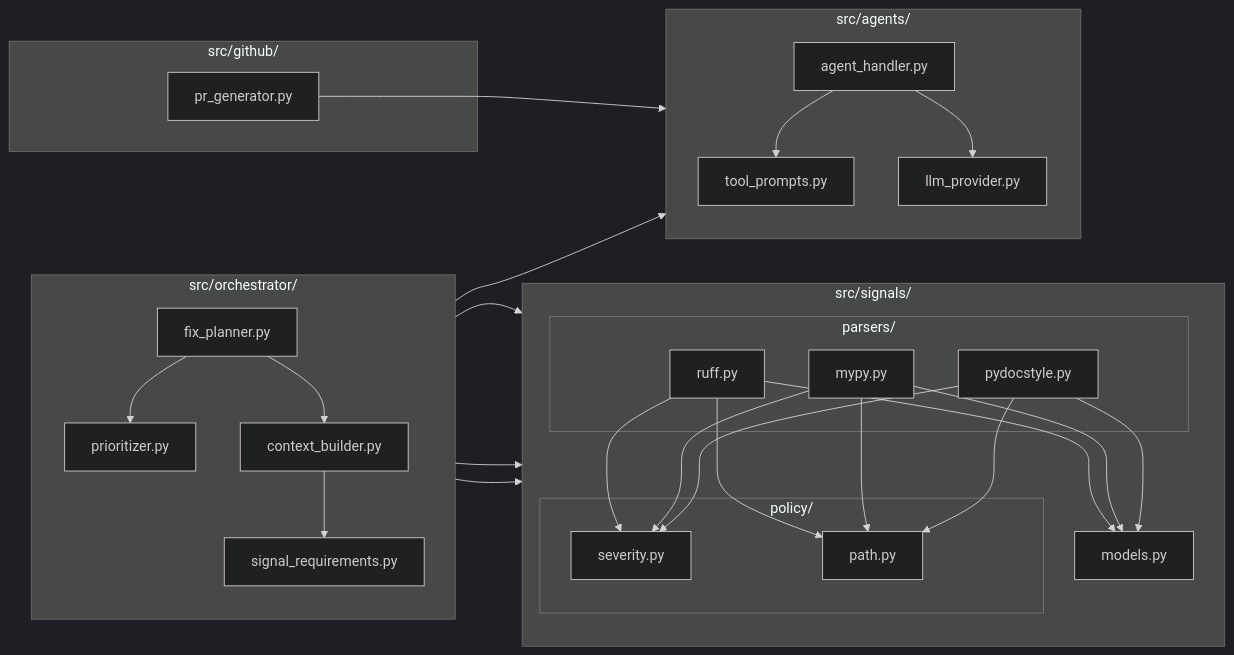
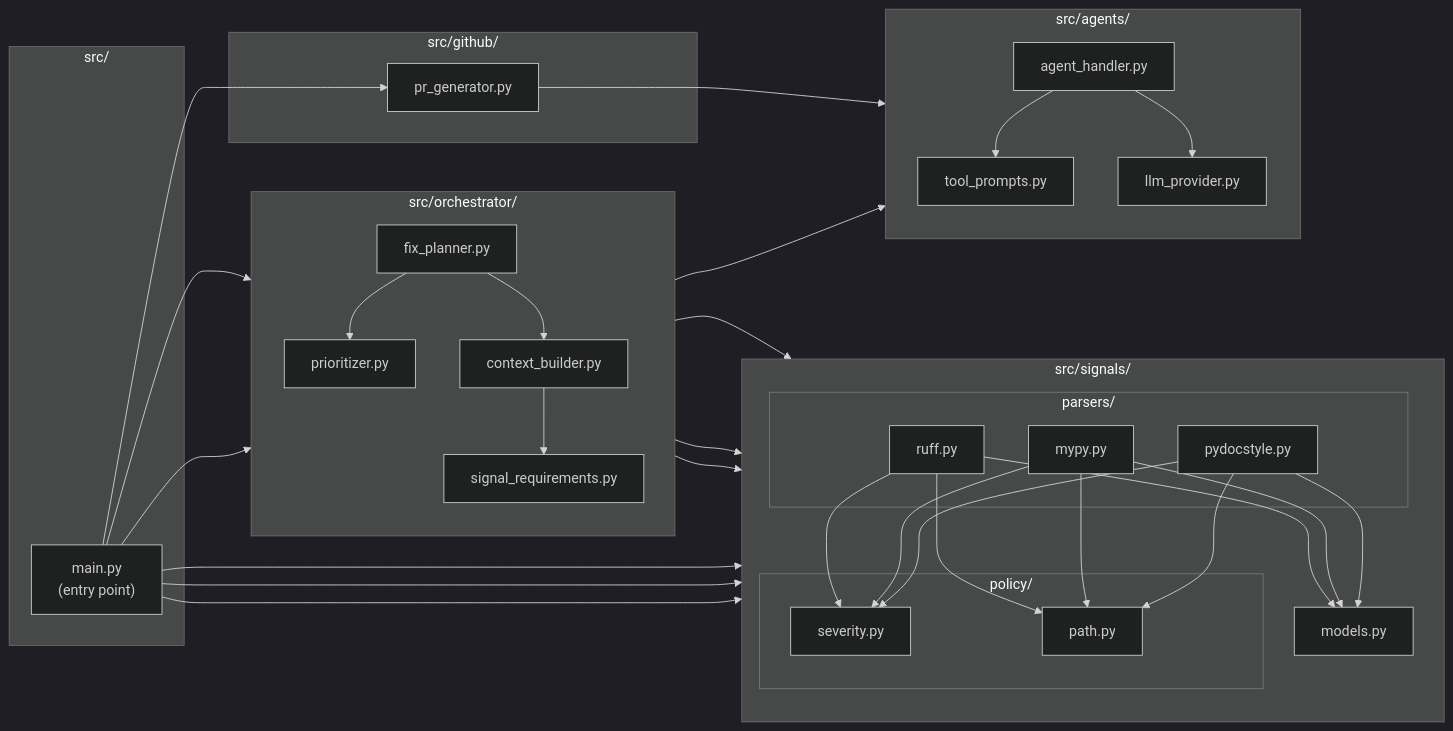
One commit to davidjmoloney/cicd-ai-assistant changed the second of 7 diagrams in docs/module-architecture-diagram.md. Above: the diagram before and after it, drawn with Mermaid (dark theme). The commit also changed other lines of this file and 3 other files, not shown here.

````diff
--- a/docs/module-architecture-diagram.md
+++ b/docs/module-architecture-diagram.md
@@ -125,61 +136,73 @@
 ```mermaid
 flowchart LR
+    subgraph main["src/"]
+        main_py["main.py<br/>(entry point)"]
+    end
+
     subgraph signals["src/signals/"]
         direction TB
         models["models.py"]
 
         subgraph parsers["parsers/"]
             ruff_parser["ruff.py"]
             mypy_parser["mypy.py"]
             pydocstyle_parser["pydocstyle.py"]
         end
 
         subgraph policy["policy/"]
             severity["severity.py"]
             path["path.py"]
         end
     end
 
     subgraph orchestrator["src/orchestrator/"]
         direction TB
         prioritizer["prioritizer.py"]
         signal_requirements["signal_requirements.py"]
         context_builder["context_builder.py"]
         fix_planner["fix_planner.py"]
     end
 
     subgraph agents["src/agents/"]
         direction TB
         tool_prompts["tool_prompts.py"]
         agent_handler["agent_handler.py"]
         llm_provider["llm_provider.py"]
     end
 
     subgraph github["src/github/"]
         pr_generator["pr_generator.py"]
     end
 
-    %% Dependencies
+    %% Main dependencies
+    main_py --> ruff_parser
+    main_py --> mypy_parser
+    main_py --> pydocstyle_parser
+    main_py --> prioritizer
+    main_py --> fix_planner
+    main_py --> pr_generator
+
+    %% Parser dependencies
     ruff_parser --> models
     ruff_parser --> severity
     ruff_parser --> path
     mypy_parser --> models
     mypy_parser --> severity
     mypy_parser --> path
     pydocstyle_parser --> models
     pydocstyle_parser --> severity
     pydocstyle_parser --> path
 
     prioritizer --> models
     signal_requirements --> models
     context_builder --> signal_requirements
     context_builder --> models
     fix_planner --> prioritizer
     fix_planner --> context_builder
     fix_planner --> agent_handler
 
     agent_handler --> tool_prompts
     agent_handler --> llm_provider
 
     pr_generator --> agent_handler
 ```
````
